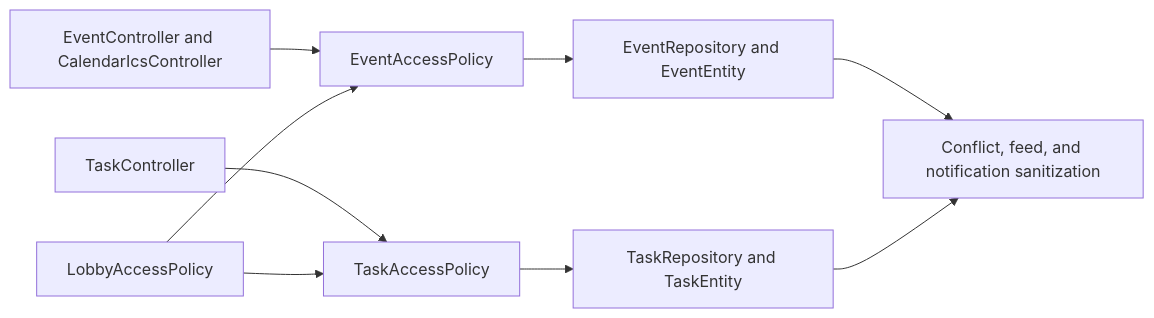
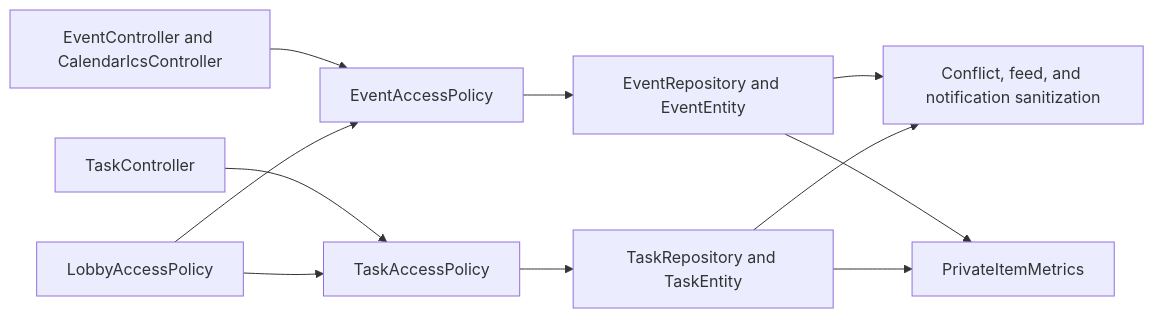
One commit to Pan14ek/lined changed the diagram in backend/lined/docs/product/privacy/CONTEXT.md. Above: the diagram before and after it, drawn with Mermaid. The commit also changed other lines of this file and 4 other files, not shown here.

Commit message:
Document private-item cross-surface audit

````diff
--- a/backend/lined/docs/product/privacy/CONTEXT.md
+++ b/backend/lined/docs/product/privacy/CONTEXT.md
@@ -24,11 +26,13 @@
 ```mermaid
 flowchart LR
   CalendarAPI[EventController and CalendarIcsController] --> EventPolicy[EventAccessPolicy]
   TaskAPI[TaskController] --> TaskPolicy[TaskAccessPolicy]
   EventPolicy --> Events[EventRepository and EventEntity]
   TaskPolicy --> Tasks[TaskRepository and TaskEntity]
   Events --> Sanitizers[Conflict, feed, and notification sanitization]
   Tasks --> Sanitizers
+  Events --> Metrics[PrivateItemMetrics]
+  Tasks --> Metrics
   Lobby[LobbyAccessPolicy] --> EventPolicy
   Lobby --> TaskPolicy
 ```
````
